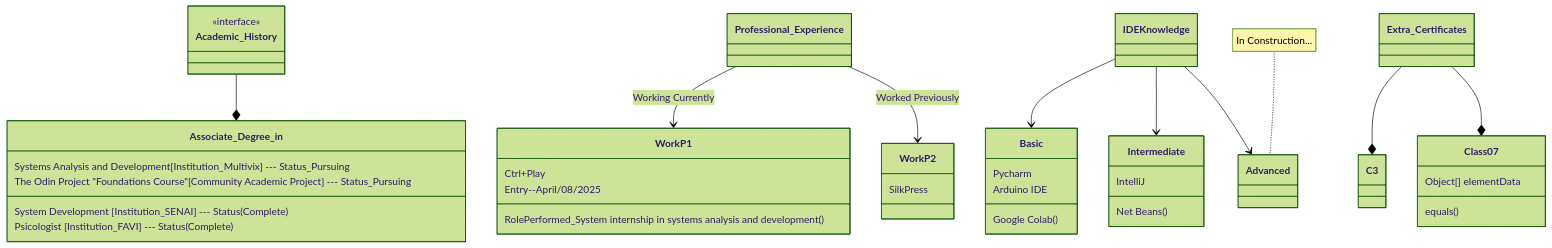
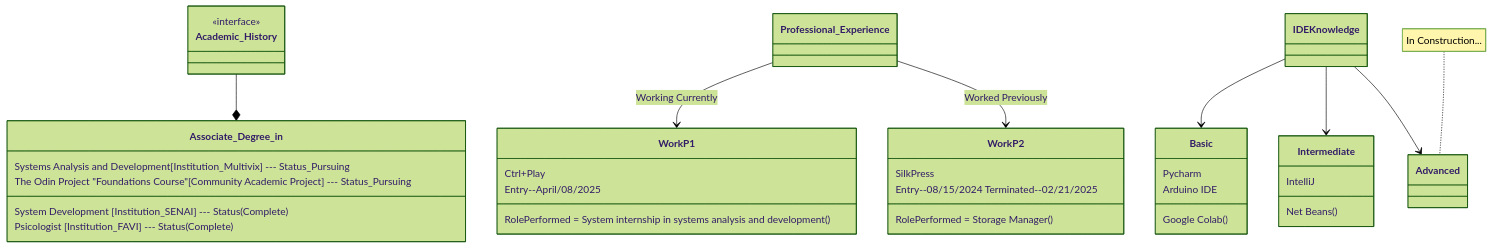
Before and after one commit to Breno-M-G/see-my-resume: the first of 2 diagrams in README.md, drawn with Mermaid (forest theme).

Commit message:
Finished_Skeleton_of_Flow_Chart.
Removed the Extra Certificate class.

````diff
--- a/README.md
+++ b/README.md
@@ -5,45 +5,40 @@
 ``` mermaid
 classDiagram
 
 Academic_History --* Associate_Degree_in
 Associate_Degree_in : Systems Analysis and Development[Institution_Multivix] --- Status_Pursuing
 Associate_Degree_in : The Odin Project "Foundations Course"[Community Academic Project] --- Status_Pursuing
 Associate_Degree_in : System Development [Institution_SENAI] --- Status(Complete)
 Associate_Degree_in : Psicologist [Institution_FAVI] --- Status(Complete)
 <<interface>> Academic_History
 Professional_Experience--> WorkP1 : Working Currently
 Professional_Experience --> WorkP2: Worked Previously
 
 WorkP1 : Ctrl+Play
 WorkP1 : Entry--April/08/2025
-WorkP1 : RolePerformed_System internship in systems analysis and development()
+WorkP1 : RolePerformed = System internship in systems analysis and development()
 
 WorkP2 : SilkPress
-WorkP2 : 
+WorkP2 : Entry--08/15/2024 Terminated--02/21/2025
+WorkP2 : RolePerformed = Storage Manager()
 
 
 IDE Knowledge --> Basic
 IDE Knowledge --> Intermediate
 IDE Knowledge --> Advanced
 
 class Basic {
     Pycharm
     Arduino IDE
     Google Colab()
 }   
 class Intermediate {
    Net Beans()   
    IntelliJ 
 }
 note for Advanced "In Construction..."
 class Advanced { 
  
 }
 
-Extra_Certificates --* C3
-Extra_Certificates --* Class07
-Class07 : equals()
-Class07 : Object[] elementData
-
-
 ```
````
